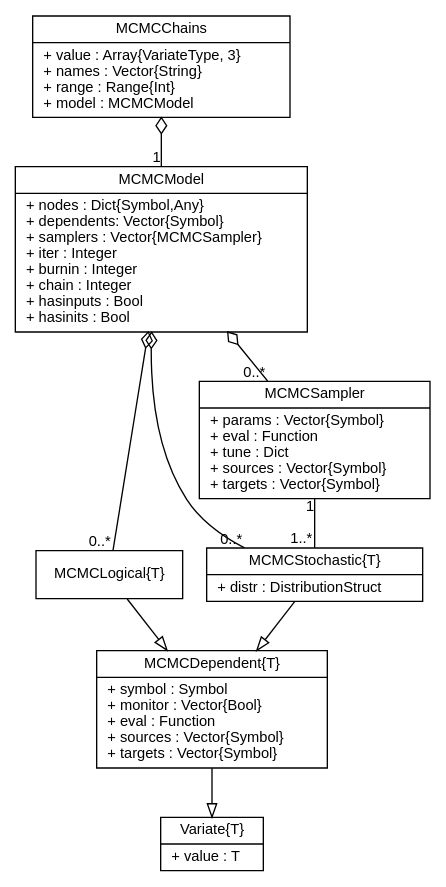
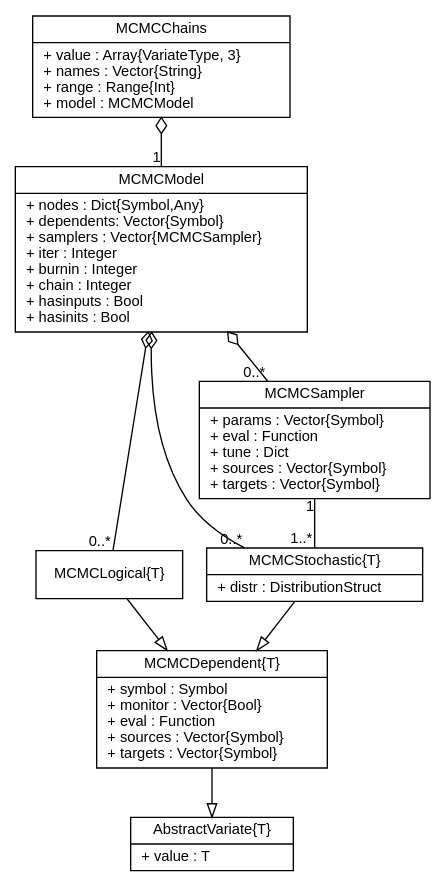
Before and after one commit to brian-j-smith/Mamba.jl: the diagram in doc/images/mcmcUML.dot, drawn with Graphviz. The commit also changed 18 other files, not shown here.

Commit message:
Renamed abstract Variate type to AbstractVariate and added concrete Variate type.

```diff
--- a/doc/images/mcmcUML.dot
+++ b/doc/images/mcmcUML.dot
@@ -1,34 +1,34 @@
 graph MCMC {
 	fontname = "Helvetica"
 	fontsize = 11
 	overlap = scalexy
 	sep = "+0,26"
 
 	node [fontname = "Helvetica", fontsize = 11, shape = record]
 
 	edge [fontname = "Helvetica", fontsize = 11, dir = both, arrowtail = none, arrowhead = none]
 
-	Variate [label = "{Variate\{T\}|+ value : T\l}"]
+	AbstractVariate [label = "{AbstractVariate\{T\}|+ value : T\l}"]
 
 	MCMCDependent [label = "{MCMCDependent\{T\}|+ symbol : Symbol\l+ monitor : Vector\{Bool\}\l+ eval : Function\l+ sources : Vector\{Symbol\}\l+ targets : Vector\{Symbol\}\l}"]
 	
 	MCMCLogical [label = "{MCMCLogical\{T\}}"]
 	
 	MCMCStochastic [label = "{MCMCStochastic\{T\}|+ distr : DistributionStruct\l}"]
 
 	MCMCSampler [label = "{MCMCSampler|+ params : Vector\{Symbol\}\l+ eval : Function\l+ tune : Dict\l+ sources : Vector\{Symbol\}\l+ targets : Vector\{Symbol\}\l}"]
 	
 	MCMCModel [label = "{MCMCModel|+ nodes : Dict\{Symbol,Any\}\l+ dependents: Vector\{Symbol\}\l+ samplers : Vector\{MCMCSampler\}\l+ iter : Integer\l+ burnin : Integer\l+ chain : Integer\l+ hasinputs : Bool\l+ hasinits : Bool\l}"]
 	
 	MCMCChains [label = "{MCMCChains|+ value : Array\{VariateType, 3\}\l+ names : Vector\{String\}\l+ range : Range\{Int\}\l+ model : MCMCModel\l}"]
 
-	MCMCDependent -- Variate[len = 0.8, arrowhead = empty]
+	MCMCDependent -- AbstractVariate[len = 0.9, arrowhead = empty]
 	MCMCLogical -- MCMCDependent[arrowhead = empty]
 	MCMCStochastic -- MCMCDependent[arrowhead = empty]
 	MCMCSampler -- MCMCStochastic[len = 1.2, taillabel = "1", headlabel = "1..*"]
 	MCMCModel -- MCMCSampler[arrowtail = odiamond, headlabel = "0..*"]
 	MCMCModel -- MCMCLogical[arrowtail = odiamond, headlabel = "0..*"]
 	MCMCModel -- MCMCStochastic[arrowtail = odiamond, headlabel = "0..*"]
 	MCMCChains -- MCMCModel[len = 1.2, arrowtail = odiamond, headlabel = "1"]
 
 }
```
